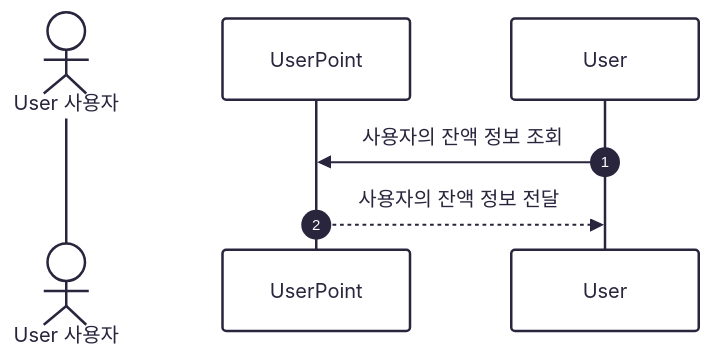
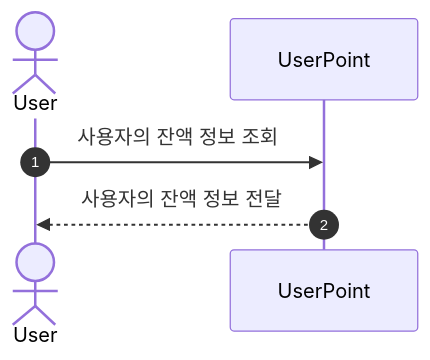
The second of 12 diagrams in docs/sequence_diagram.md (kdmstj/hanghae_ecommerce), drawn with Mermaid before and after one commit. The commit also changed other lines of this file, not shown here.

First line of the commit message:
docs: 시퀀스 다이어그램 수정

````diff
--- a/docs/sequence_diagram.md
+++ b/docs/sequence_diagram.md
@@ -72,13 +58,9 @@
 ```mermaid
----
-config:
-  theme: redux
----
 sequenceDiagram
     autonumber
-    actor User 사용자
+    actor User
     participant UserPoint 
 
     User ->> UserPoint : 사용자의 잔액 정보 조회
     UserPoint -->> User: 사용자의 잔액 정보 전달
 ```
````
